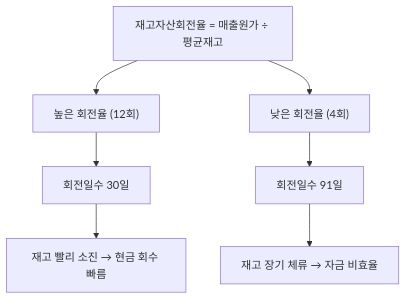
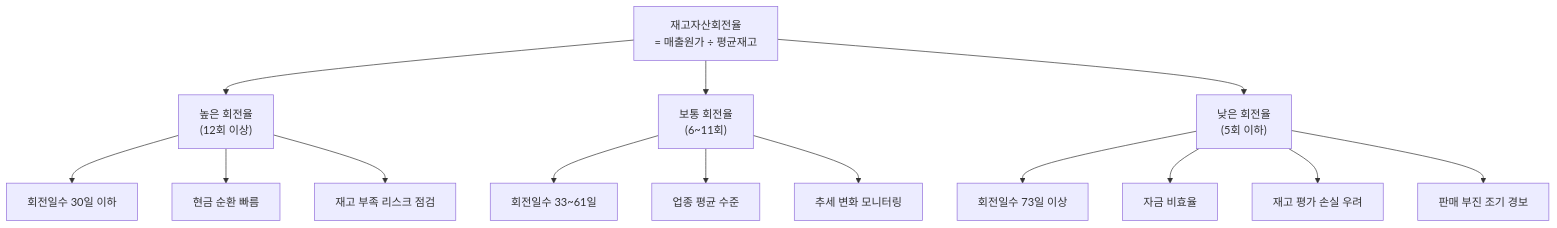
The diagram in content/stock-terms/ko/level-04-ratios/inventory-turnover.md (yeongseon/stock-visual-note), drawn with Mermaid before and after one commit. The commit also changed other lines of this file, not shown here.

Commit message:
content: rewrite inventory-turnover.md — 가상 기업 시나리오, 재고 구성 분해 설명, 4개 오해, 13노드 Mermaid 추가

````diff
--- a/content/stock-terms/ko/level-04-ratios/inventory-turnover.md
+++ b/content/stock-terms/ko/level-04-ratios/inventory-turnover.md
@@ -39,10 +45,20 @@
 ```mermaid
 graph TD
-    A["재고자산회전율 = 매출원가 ÷ 평균재고"]
-    A --> B["높은 회전율 (12회)"]
-    A --> C["낮은 회전율 (4회)"]
-    B --> D["회전일수 30일"]
-    C --> E["회전일수 91일"]
-    D --> F["재고 빨리 소진 → 현금 회수 빠름"]
-    E --> G["재고 장기 체류 → 자금 비효율"]
+    A["재고자산회전율<br>= 매출원가 ÷ 평균재고"]
+    A --> B["높은 회전율<br>(12회 이상)"]
+    A --> C["보통 회전율<br>(6~11회)"]
+    A --> D["낮은 회전율<br>(5회 이하)"]
+
+    B --> B1["회전일수 30일 이하"]
+    B --> B2["현금 순환 빠름"]
+    B --> B3["재고 부족 리스크 점검"]
+
+    C --> C1["회전일수 33~61일"]
+    C --> C2["업종 평균 수준"]
+    C --> C3["추세 변화 모니터링"]
+
+    D --> D1["회전일수 73일 이상"]
+    D --> D2["자금 비효율"]
+    D --> D3["재고 평가 손실 우려"]
+    D --> D4["판매 부진 조기 경보"]
 ```
````
